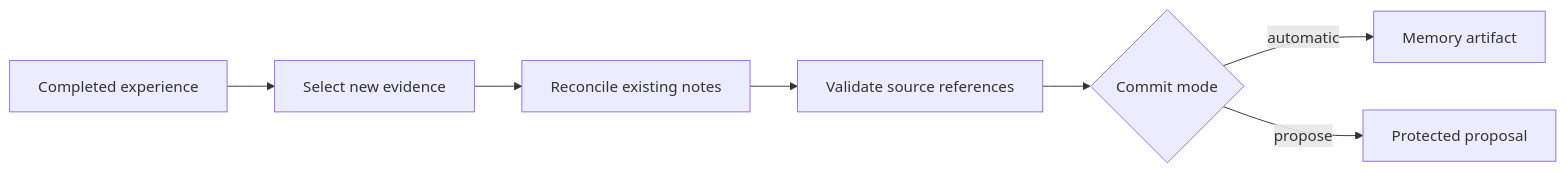
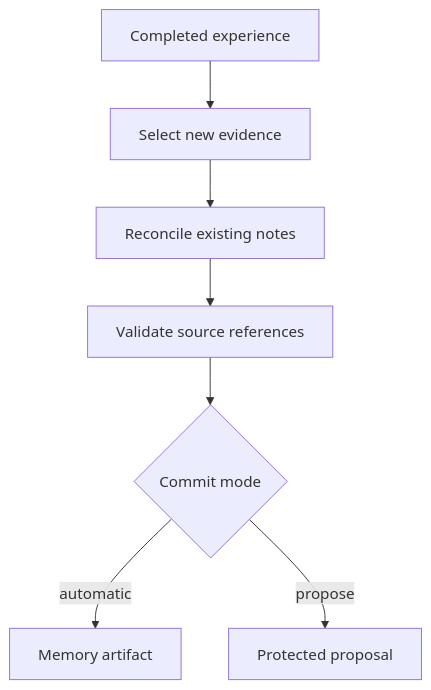
Before and after one commit to everruns/everruns: the first of 2 diagrams in docs/features/dreaming.md, drawn with Mermaid. The commit also changed 11 other files, not shown here.

First line of the commit message:
docs: fit prompts and diagrams to the page, add Framework integrations page (#5377)

````diff
--- a/docs/features/dreaming.md
+++ b/docs/features/dreaming.md
@@ -10,11 +10,11 @@
 ```mermaid
-flowchart LR
+flowchart TD
     accTitle: Dreaming memory consolidation
     accDescr: Completed experience is selected, reconciled with existing memory, validated against source references, and saved as a Memory artifact or a protected proposal.
     A[Completed experience] --> B[Select new evidence]
     B --> C[Reconcile existing notes]
     C --> D[Validate source references]
     D --> E{Commit mode}
     E -->|automatic| F[Memory artifact]
     E -->|propose| G[Protected proposal]
 ```
````
